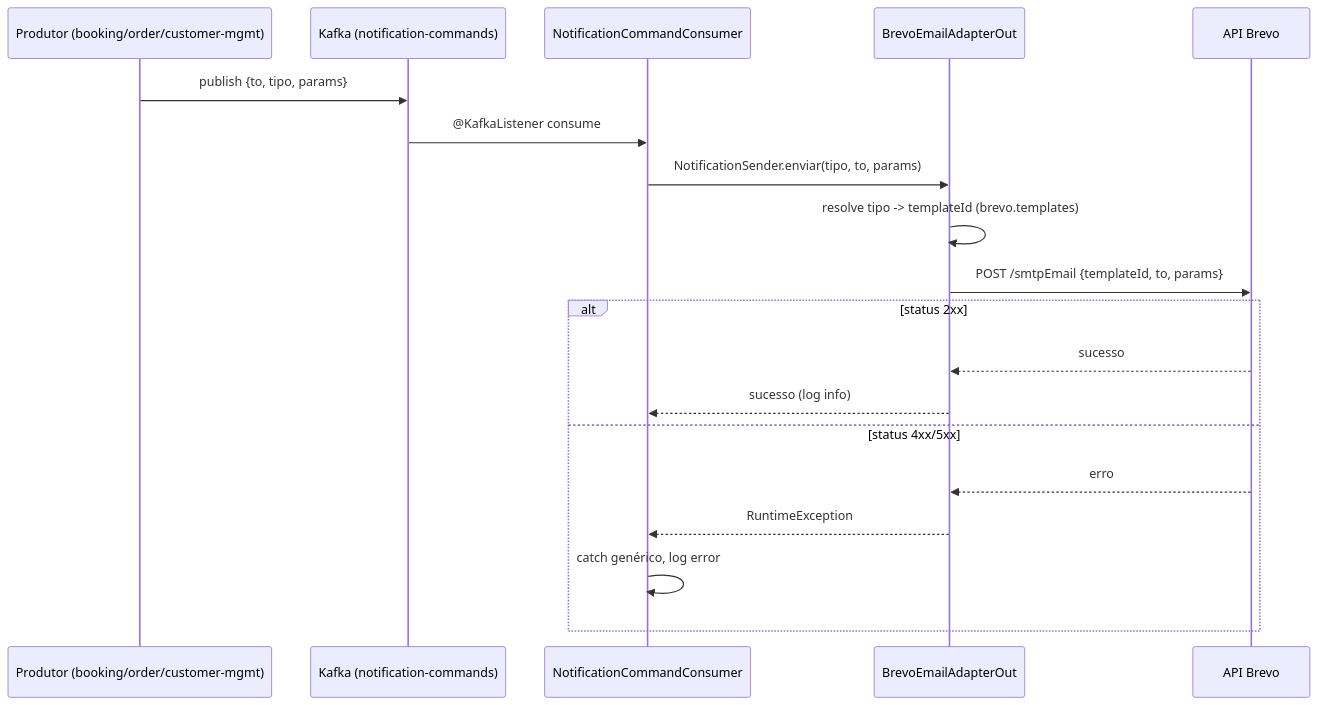
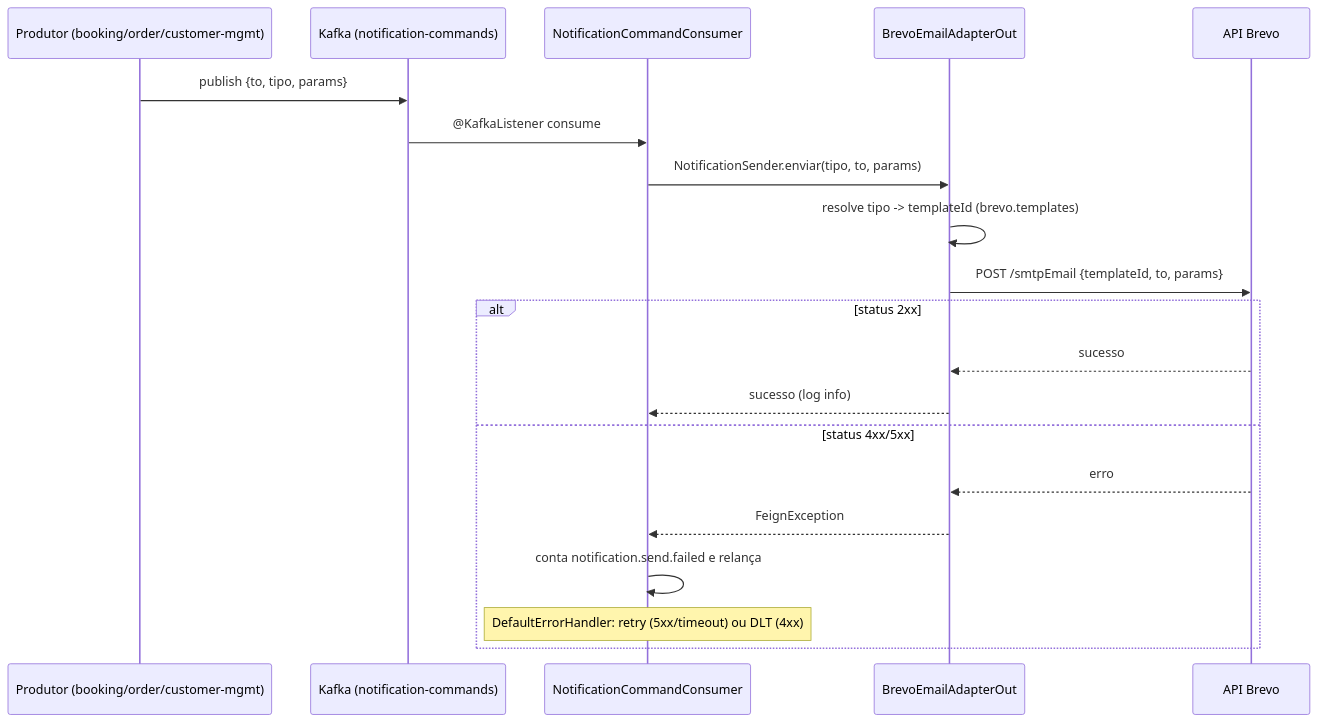
One commit to joaobrl/petshop changed the fifth of 5 diagrams in docs/documentacao-tecnica.md. Above: the diagram before and after it, drawn with Mermaid. The commit also changed other lines of this file and 10 other files, not shown here.

First line of the commit message:
fix(notification-service): retry com backoff e dead-letter topic nos comandos de e-mail (SDD-004)

````diff
--- a/docs/documentacao-tecnica.md
+++ b/docs/documentacao-tecnica.md
@@ -820,22 +824,23 @@
 ```mermaid
 sequenceDiagram
     participant P as Produtor (booking/order/customer-mgmt)
     participant K as Kafka (notification-commands)
     participant NC as NotificationCommandConsumer
     participant BE as BrevoEmailAdapterOut
     participant API as API Brevo
 
     P->>K: publish {to, tipo, params}
     K->>NC: @KafkaListener consume
     NC->>BE: NotificationSender.enviar(tipo, to, params)
     BE->>BE: resolve tipo -> templateId (brevo.templates)
     BE->>API: POST /smtpEmail {templateId, to, params}
     alt status 2xx
         API-->>BE: sucesso
         BE-->>NC: sucesso (log info)
     else status 4xx/5xx
         API-->>BE: erro
-        BE-->>NC: RuntimeException
-        NC->>NC: catch genérico, log error
+        BE-->>NC: FeignException
+        NC->>NC: conta notification.send.failed e relança
+        Note over NC: DefaultErrorHandler: retry (5xx/timeout) ou DLT (4xx)
     end
 ```
````
